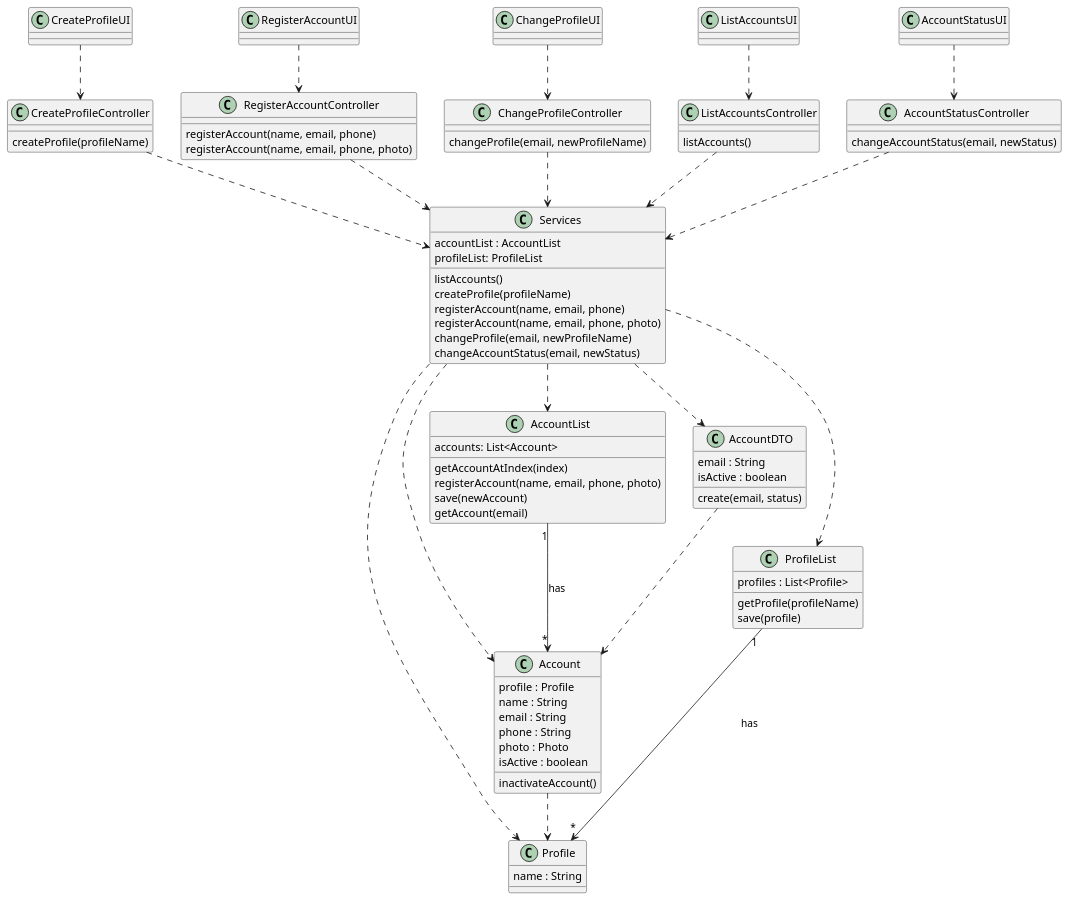
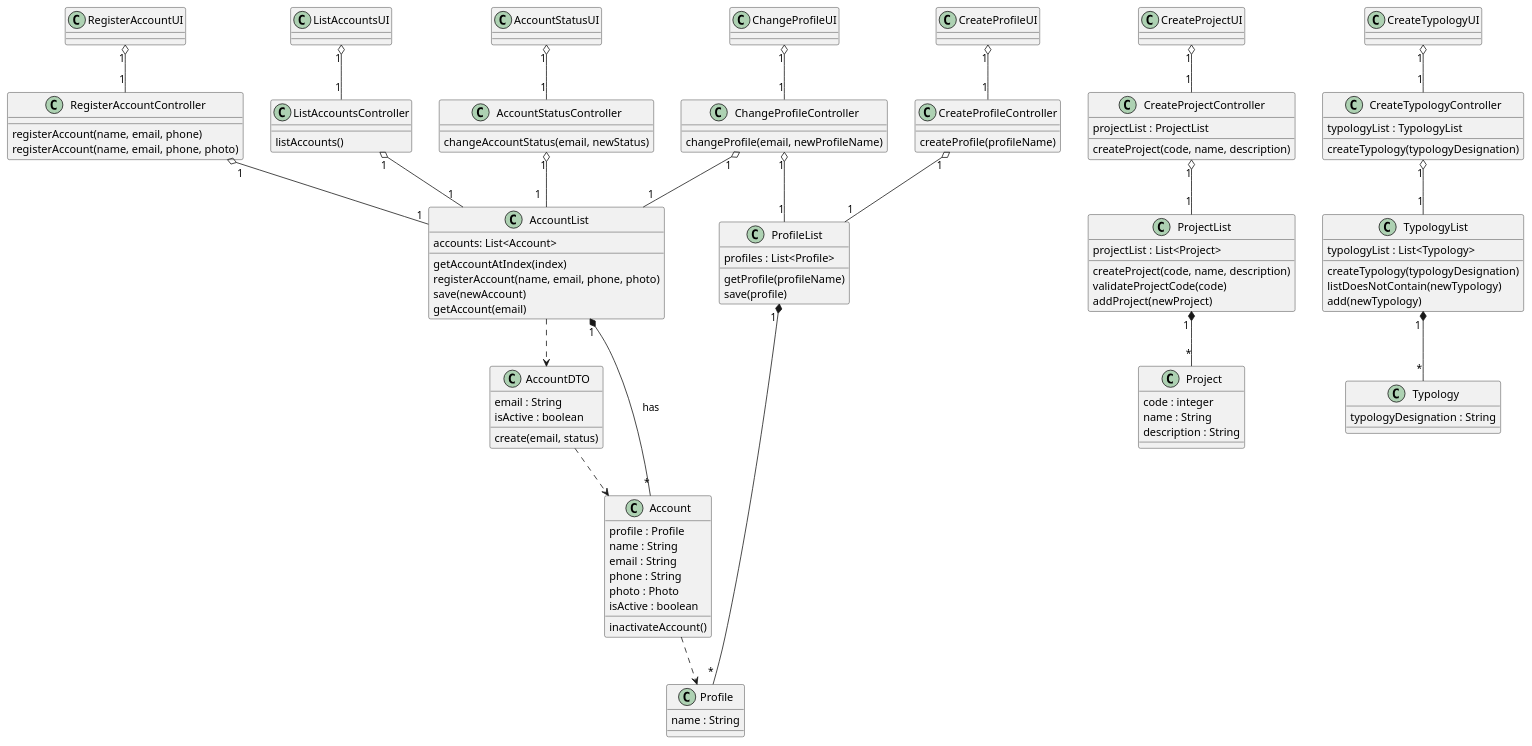
Before and after one commit to ivo-menezes/project_g3: the diagram in docs/modelling_design/class_diagram/class_diagram.puml, drawn with PlantUML. The commit also changed 1 other file, not shown here.

Commit message:
Class Diagram: Design: Updated Class Diagram, previous diagram transferred to old folder.

```diff
--- a/docs/modelling_design/class_diagram/class_diagram.puml
+++ b/docs/modelling_design/class_diagram/class_diagram.puml
@@ -1,106 +1,151 @@
 @startuml
 
 ' UIs
 class CreateProfileUI {}
 class RegisterAccountUI {}
 class ChangeProfileUI {}
 class ListAccountsUI {}
 class AccountStatusUI {}
 
 ' Controllers
 class CreateProfileController {
 createProfile(profileName)
 }
 
 class RegisterAccountController {
 registerAccount(name, email, phone)
 registerAccount(name, email, phone, photo)
 }
 
 class ChangeProfileController {
 changeProfile(email, newProfileName)
 }
 
 class ListAccountsController{
 listAccounts()
 }
 
 class AccountStatusController {
 changeAccountStatus(email, newStatus)
 }
 
 ' Business Layer
-class Services {
-accountList : AccountList
-profileList: ProfileList
-listAccounts()
-createProfile(profileName)
-registerAccount(name, email, phone)
-registerAccount(name, email, phone, photo)
-changeProfile(email, newProfileName)
-changeAccountStatus(email, newStatus)
-}
 
 class Profile {
 name : String
 }
 
 class Account {
 profile : Profile
 name : String
 email : String
 phone : String
 photo : Photo
 isActive : boolean
 inactivateAccount()
 }
 
 class AccountDTO {
 email : String
 isActive : boolean
 create(email, status)
 }
 
 ' Data Access Layer
 
 class ProfileList {
 profiles : List<Profile>
 getProfile(profileName)
 save(profile)
 }
 
 class AccountList {
 accounts: List<Account>
 getAccountAtIndex(index)
 registerAccount(name, email, phone, photo)
 save(newAccount)
 getAccount(email)
 }
 
+class CreateProjectUI {
+}
+
+class CreateProjectController {
+projectList : ProjectList
+createProject(code, name, description)
+}
+
+
+class ProjectList {
+projectList : List<Project>
+createProject(code, name, description)
+validateProjectCode(code)
+addProject(newProject)
+}
+
+'class AccountList {
+'AccountList : List<Account>
+'checkPermissionsToCreateAProject(accountEmail)
+'}
+
+class Project {
+code : integer
+name : String
+description : String
+}
+
+class CreateTypologyUI {
+}
+
+class CreateTypologyController {
+typologyList : TypologyList
+createTypology(typologyDesignation)
+}
+
+
+class TypologyList {
+typologyList : List<Typology>
+createTypology(typologyDesignation)
+listDoesNotContain(newTypology)
+add(newTypology)
+}
+
+class Typology {
+typologyDesignation : String
+}
+
 ' Associations and dependencies
 
-CreateProfileUI ..> CreateProfileController
-CreateProfileController ..> Services
-Services ..> ProfileList
-Services ..> Profile
-ProfileList "1" --> "*" Profile : has
+CreateProfileUI "1" o-- "1" CreateProfileController
+CreateProfileController "1" o-- "1" ProfileList
+ProfileList "1 " *-- "    *" Profile
 
-RegisterAccountUI ..> RegisterAccountController
-RegisterAccountController ..> Services
-Services ..> AccountList
-Services ..> Account
+RegisterAccountUI "1" o-- "1" RegisterAccountController
+RegisterAccountController  "1" o-- "1"  AccountList
+
 Account ..> Profile
-AccountList "1" --> "*" Account : has
+AccountList "1" *-- "*" Account : has
 
-ChangeProfileUI ..> ChangeProfileController
-ChangeProfileController ..> Services
+ChangeProfileUI "1" o-- "1" ChangeProfileController
+ChangeProfileController "1" o-- "1" AccountList
+ChangeProfileController  "1" o-- "1"  ProfileList
 
-ListAccountsController ..> Services
-ListAccountsUI ..> ListAccountsController
-Services ..> AccountDTO
+ListAccountsController "1" o-- "1" AccountList
+ListAccountsUI "1" o-- "1" ListAccountsController
+AccountList ..> AccountDTO
 AccountDTO ..> Account
 
-AccountStatusController ..> Services
-AccountStatusUI ..> AccountStatusController
+AccountStatusUI "1" o-- "1" AccountStatusController
+AccountStatusController "1" o-- "1  " "AccountList"
+
+CreateProjectUI "1" o--   "1" CreateProjectController
+CreateProjectController "1" o-- "1" ProjectList
+ProjectList "1 " *-- "*" Project
+
+
+CreateTypologyUI "1" o-- "1" CreateTypologyController
+CreateTypologyController "1" o-- "1" TypologyList
+TypologyList "1 " *-- "    *" Typology
+
 
 @enduml
```
